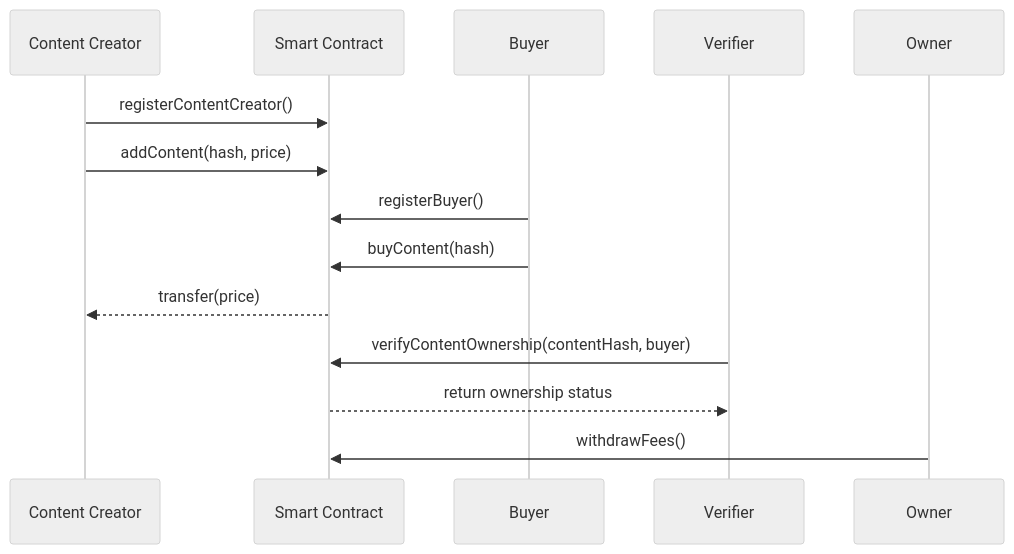
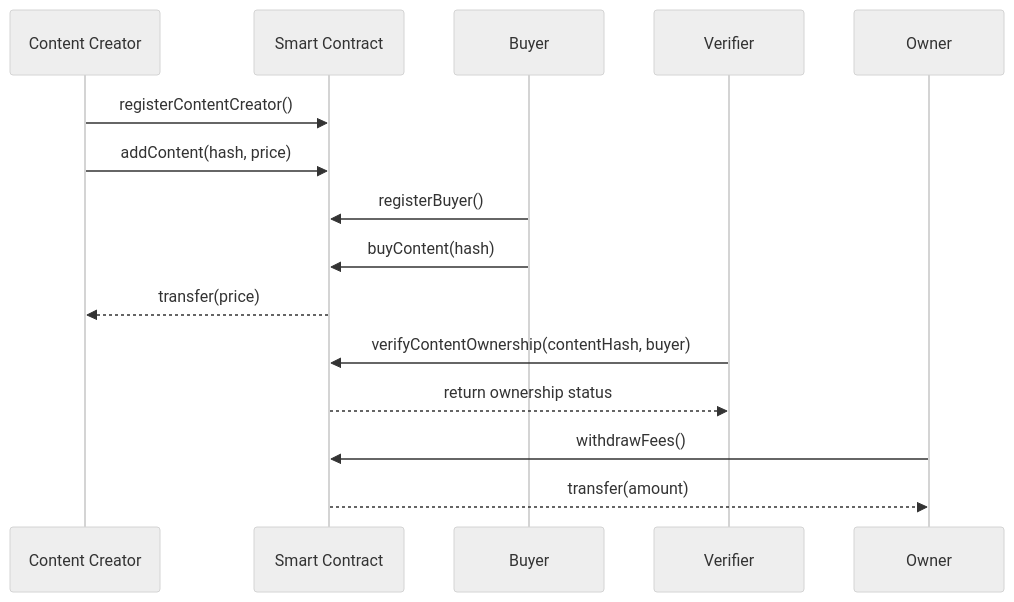
One commit to lorenzogentile404/content-rights-management changed the diagram in README.md. Above: the diagram before and after it, drawn with Mermaid (neutral theme).

Commit message:
Added transfer from smart contract to owner in sequence diagram

````diff
--- a/README.md
+++ b/README.md
@@ -19,18 +19,18 @@
 ```mermaid
 sequenceDiagram
     participant ContentCreator as Content Creator
     participant SmartContract as Smart Contract
     participant Buyer
     participant Verifier
     participant Owner
 
     ContentCreator->>SmartContract: registerContentCreator()
     ContentCreator->>SmartContract: addContent(hash, price)
     Buyer->>SmartContract: registerBuyer()
     Buyer->>SmartContract: buyContent(hash)
     SmartContract-->>ContentCreator: transfer(price)
     Verifier->>SmartContract: verifyContentOwnership(contentHash, buyer)
     SmartContract-->>Verifier: return ownership status
     Owner->>SmartContract: withdrawFees()
-
+    SmartContract-->>Owner: transfer(amount)
 ```
````
